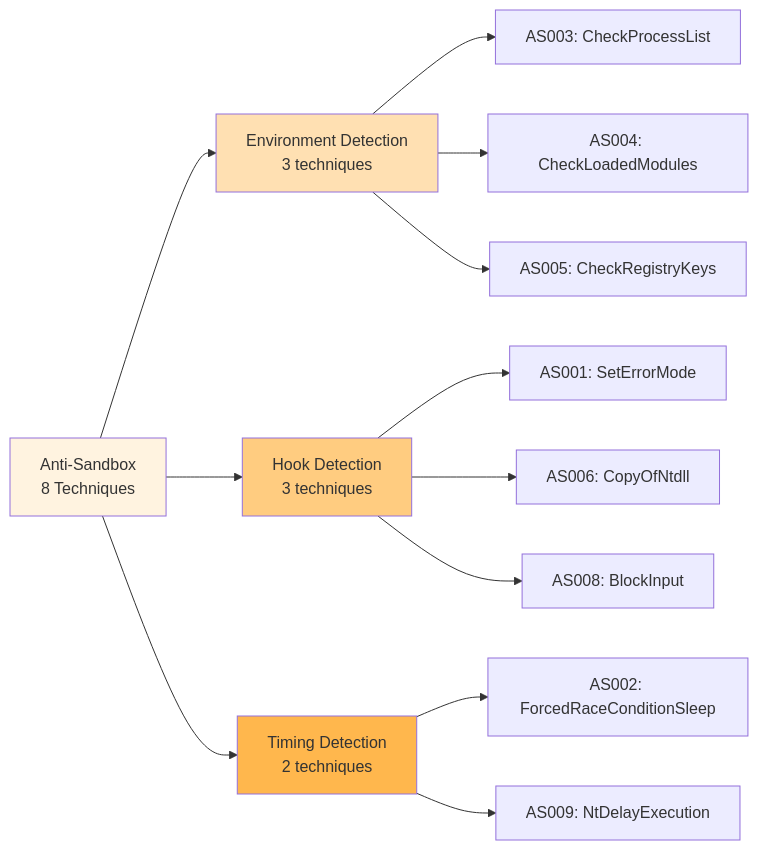
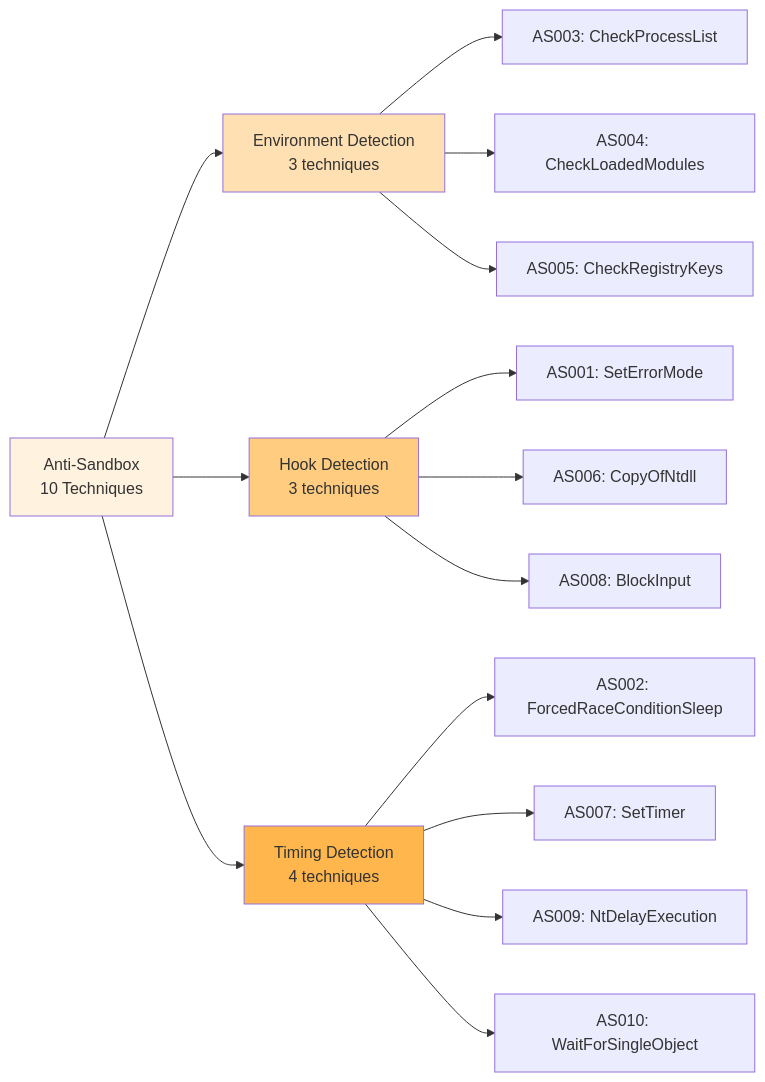
The fourth of 8 diagrams in docs/diagrams/taxonomy.md (mabj/anti), drawn with Mermaid before and after one commit. The commit also changed other lines of this file and 12 other files, not shown here.

Commit message:
Adding 2 time-based anti-sandbox techniques AS007 and AS010

````diff
--- a/docs/diagrams/taxonomy.md
+++ b/docs/diagrams/taxonomy.md
@@ -127,24 +127,26 @@
 ```mermaid
 graph LR
-    AS[Anti-Sandbox<br/>8 Techniques]
+    AS[Anti-Sandbox<br/>10 Techniques]
 
     AS --> ENV[Environment Detection<br/>3 techniques]
     AS --> HOOK[Hook Detection<br/>3 techniques]
-    AS --> TIME[Timing Detection<br/>2 techniques]
+    AS --> TIME[Timing Detection<br/>4 techniques]
 
     ENV --> ENV1[AS003: CheckProcessList]
     ENV --> ENV2[AS004: CheckLoadedModules]
     ENV --> ENV3[AS005: CheckRegistryKeys]
 
     HOOK --> HOOK1[AS001: SetErrorMode]
     HOOK --> HOOK2[AS006: CopyOfNtdll]
     HOOK --> HOOK3[AS008: BlockInput]
 
     TIME --> TIME1[AS002: ForcedRaceConditionSleep]
-    TIME --> TIME2[AS009: NtDelayExecution]
+    TIME --> TIME2[AS007: SetTimer]
+    TIME --> TIME3[AS009: NtDelayExecution]
+    TIME --> TIME4[AS010: WaitForSingleObject]
 
     style AS fill:#fff3e0
     style ENV fill:#ffe0b2
     style HOOK fill:#ffcc80
     style TIME fill:#ffb74d
 ```
````
